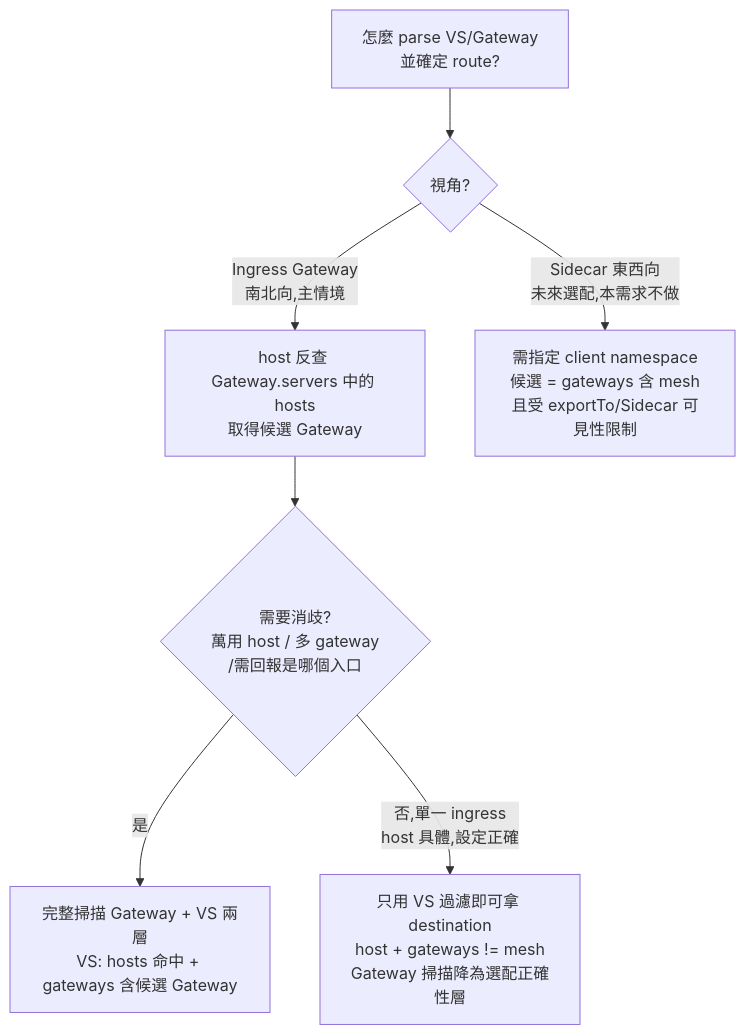
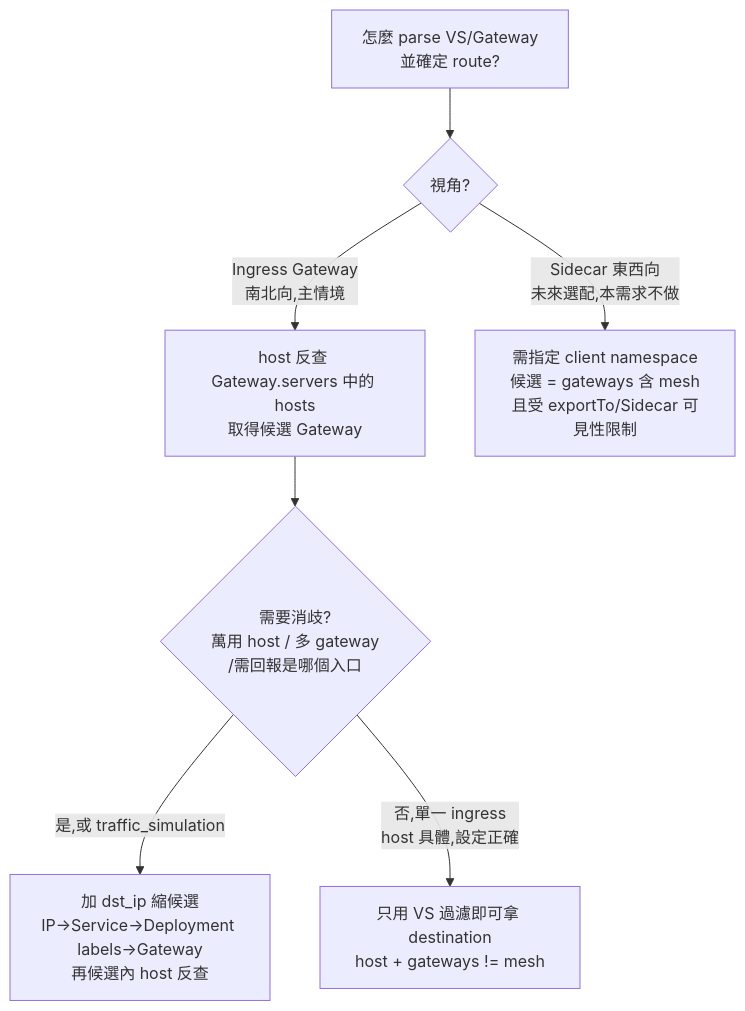
Before and after one commit to jcswiftie13/custom-k8s-resource-metadata-watcher: the second of 6 diagrams in docs/istio-virtualservice-routing-history-design.md, drawn with Mermaid. The commit also changed other lines of this file and 12 other files, not shown here.

````diff
--- a/docs/istio-virtualservice-routing-history-design.md
+++ b/docs/istio-virtualservice-routing-history-design.md
@@ -53,9 +80,9 @@
 ```mermaid
 graph TD
     A[怎麼 parse VS/Gateway<br/>並確定 route?] --> B{視角?}
     B -->|Ingress Gateway<br/>南北向,主情境| C[host 反查 Gateway.servers 中的 hosts<br/>取得候選 Gateway]
     C --> D{需要消歧?<br/>萬用 host / 多 gateway<br/>/需回報是哪個入口}
-    D -->|是| E[完整掃描 Gateway + VS 兩層<br/>VS: hosts 命中 + gateways 含候選 Gateway]
-    D -->|否,單一 ingress<br/>host 具體,設定正確| F[只用 VS 過濾即可拿 destination<br/>host + gateways != mesh<br/>Gateway 掃描降為選配正確性層]
+    D -->|是,或 traffic_simulation| E[加 dst_ip 縮候選<br/>IP→Service→Deployment labels→Gateway<br/>再候選內 host 反查]
+    D -->|否,單一 ingress<br/>host 具體,設定正確| F[只用 VS 過濾即可拿 destination<br/>host + gateways != mesh]
     B -->|Sidecar 東西向<br/>未來選配,本需求不做| G[需指定 client namespace<br/>候選 = gateways 含 mesh<br/>且受 exportTo/Sidecar 可見性限制]
 ```
````
